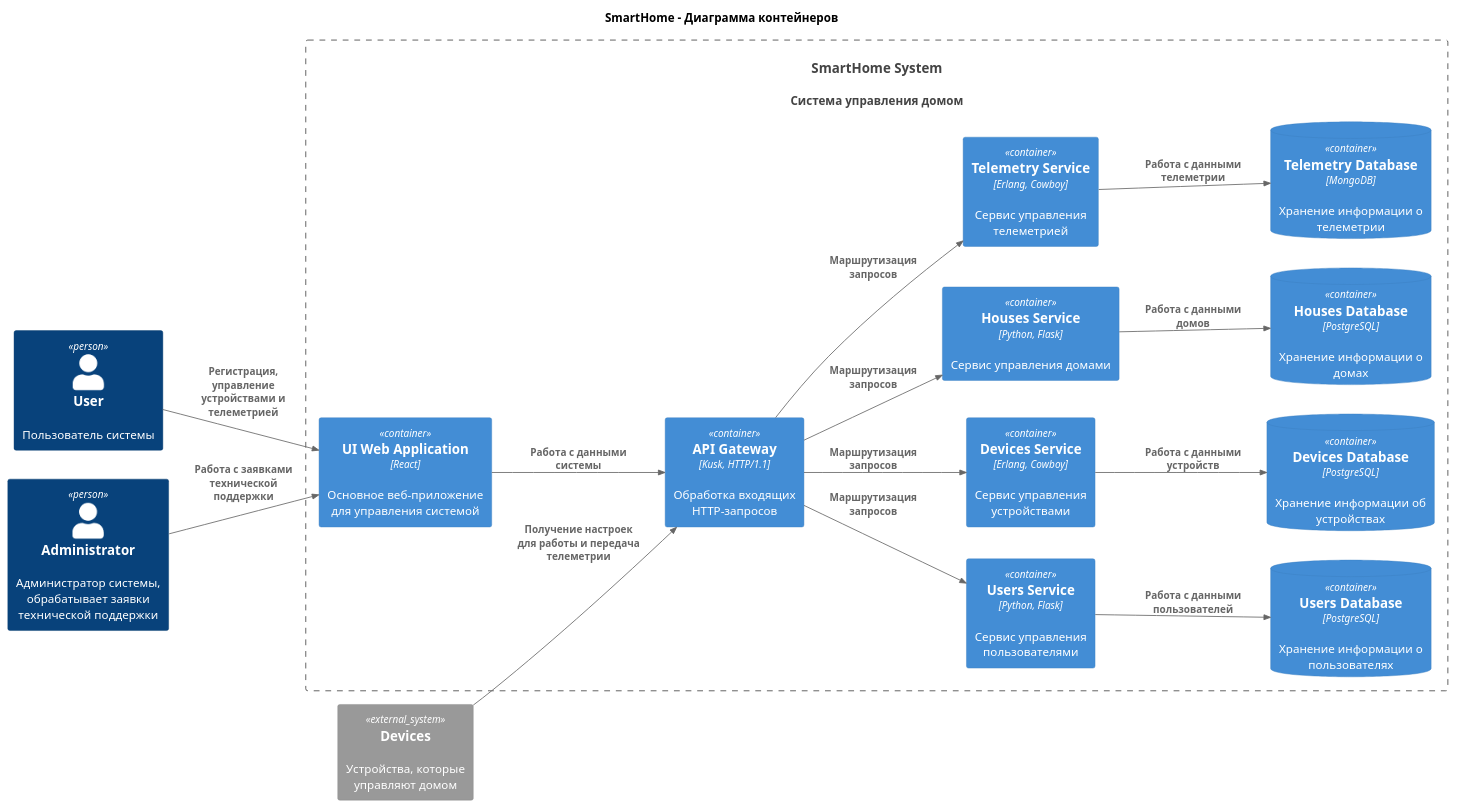
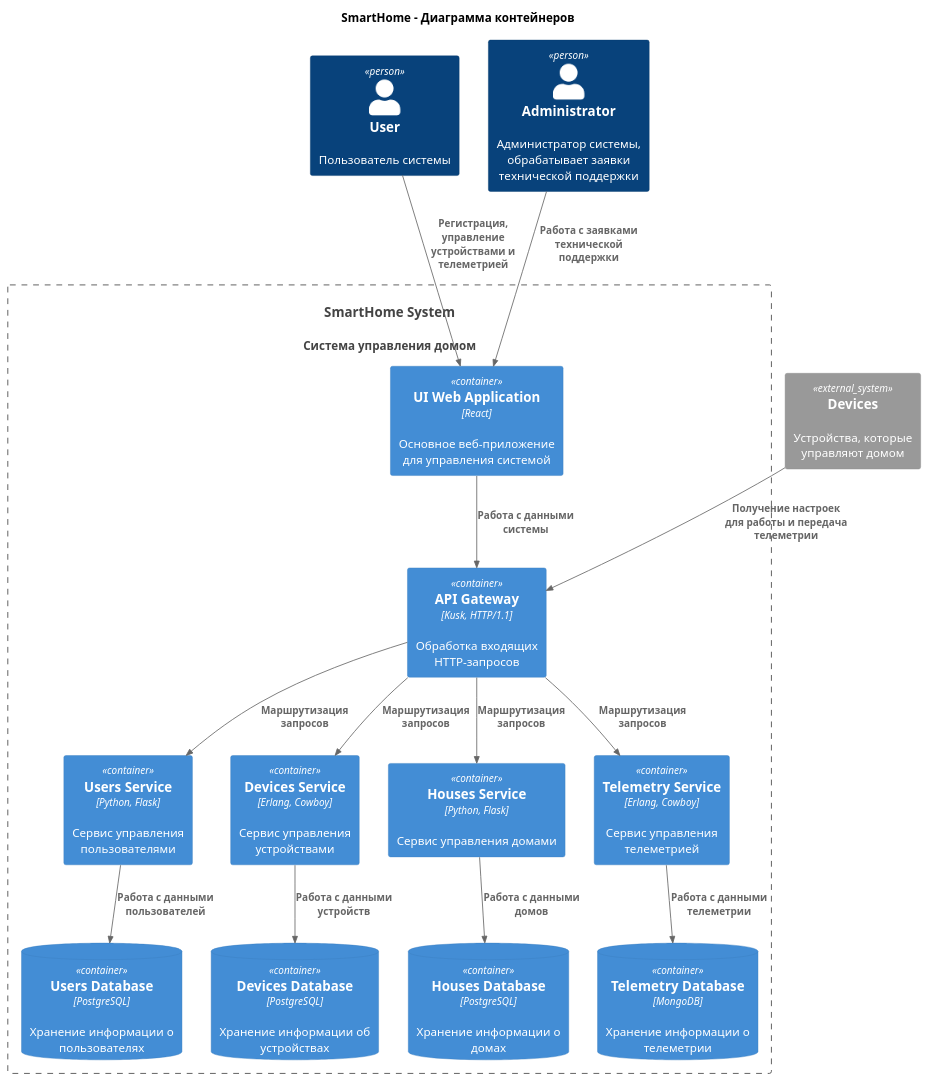
The diagram in diagrams/Container.puml (snakeduse/architecture-sprint-3), drawn with PlantUML before and after one commit.

Commit message:
docs: Сверху вниз диаграмма выглядит читебельней

```diff
--- a/diagrams/Container.puml
+++ b/diagrams/Container.puml
@@ -1,48 +1,48 @@
 @startuml
 title SmartHome - Диаграмма контейнеров
 
-left to right direction
+top to bottom direction
 
 !include ./c4_source/C4_Container.puml
 
 Person(user, "User", "Пользователь системы")
 Person(admin, "Administrator", "Администратор системы, обрабатывает заявки технической поддержки")
 System_Ext(devices_ext, "Devices", "Устройства, которые управляют домом")
 System(SmartHomeSystem, "SmartHome System", "Система управления домом")
 
 Container_Boundary(SmartHomeSystem, "SmartHome System") {
   Container(web_app, "UI Web Application", "React", "Основное веб-приложение для управления системой")
   Container(api_gateway, "API Gateway", "Kusk, HTTP/1.1", "Обработка входящих HTTP-запросов")
 
   Container(users_service, "Users Service", "Python, Flask", "Сервис управления пользователями")
   ContainerDb(users_database, "Users Database", "PostgreSQL", "Хранение информации о пользователях")
 
   Container(devices_service, "Devices Service", "Erlang, Cowboy", "Сервис управления устройствами")
   ContainerDb(devices_database, "Devices Database", "PostgreSQL", "Хранение информации об устройствах")
 
   Container(houses_service, "Houses Service", "Python, Flask", "Сервис управления домами")
   ContainerDb(houses_database, "Houses Database", "PostgreSQL", "Хранение информации о домах")
 
   Container(telemetry_service, "Telemetry Service", "Erlang, Cowboy", "Сервис управления телеметрией")
   ContainerDb(telemetry_database, "Telemetry Database", "MongoDB", "Хранение информации о телеметрии")
 }
 
 Rel(web_app, api_gateway, "Работа с данными системы")
 
 Rel(user, web_app, "Регистрация, управление устройствами и телеметрией")
 Rel(admin, web_app, "Работа с заявками технической поддержки")
 Rel(devices_ext, api_gateway, "Получение настроек для работы и передача телеметрии")
 
 Rel(api_gateway, users_service, "Маршрутизация запросов")
 Rel(users_service, users_database, "Работа с данными пользователей")
 
 Rel(api_gateway, devices_service, "Маршрутизация запросов")
 Rel(devices_service, devices_database, "Работа с данными устройств")
 
 Rel(api_gateway, houses_service, "Маршрутизация запросов")
 Rel(houses_service, houses_database, "Работа с данными домов")
 
 Rel(api_gateway, telemetry_service, "Маршрутизация запросов")
 Rel(telemetry_service, telemetry_database, "Работа с данными телеметрии")
 
 @enduml
```
